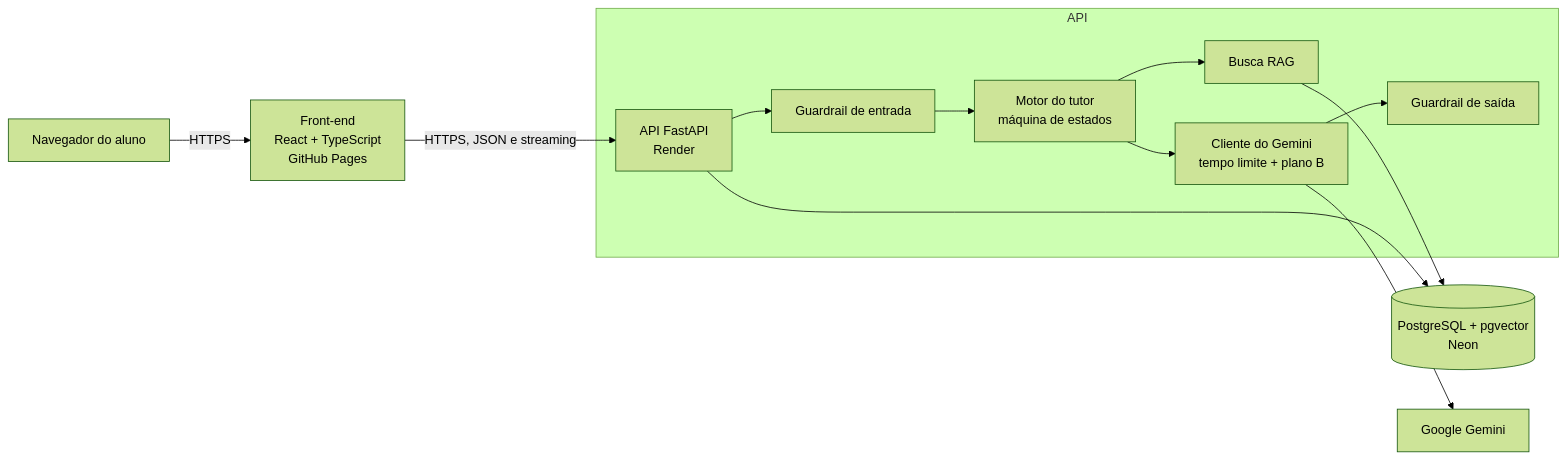
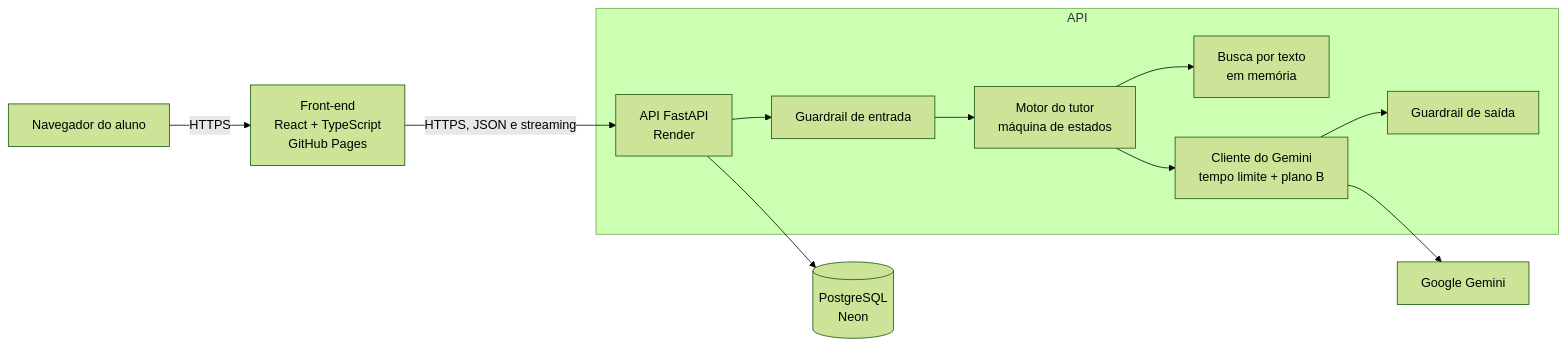
Before and after one commit to sabrinasiilva/pista-enem: the first of 3 diagrams in docs/ARQUITETURA.md, drawn with Mermaid (forest theme). The commit also changed other lines of this file and 34 other files, not shown here.

````diff
--- a/docs/ARQUITETURA.md
+++ b/docs/ARQUITETURA.md
@@ -5,15 +5,14 @@
 ```mermaid
 flowchart LR
     U[Navegador do aluno] -->|HTTPS| F[Front-end<br/>React + TypeScript<br/>GitHub Pages]
     F -->|HTTPS, JSON e streaming| A[API FastAPI<br/>Render]
     subgraph API
       A --> G1[Guardrail de entrada]
       G1 --> T[Motor do tutor<br/>máquina de estados]
-      T --> R[Busca RAG]
+      T --> R[Busca por texto<br/>em memória]
       T --> L[Cliente do Gemini<br/>tempo limite + plano B]
       L --> G2[Guardrail de saída]
     end
-    R --> D[(PostgreSQL + pgvector<br/>Neon)]
-    A --> D
+    A --> D[(PostgreSQL<br/>Neon)]
     L --> GM[Google Gemini]
 ```
````
